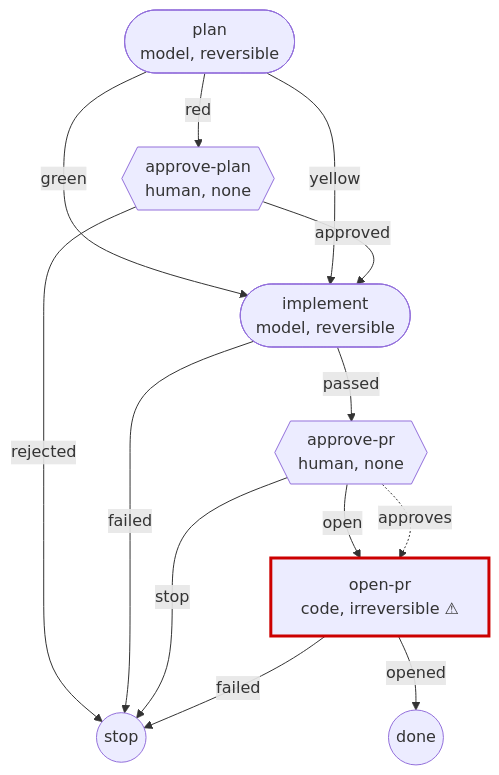
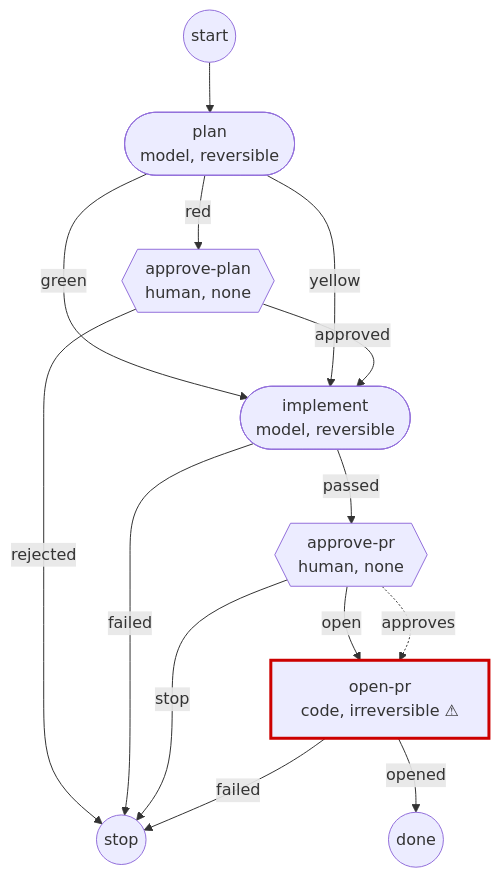
Before and after one commit to maxence-lefebvre/priory: the diagram in docs/prd.md, drawn with Mermaid. The commit also changed other lines of this file and 2 other files, not shown here.

Commit message:
Quote outcome labels, escape literal # and mark the start step in priory draw
Review found that an outcome such as 'approve (reviewed)' produced invalid Mermaid, that a literal '#' read as an entity, and that two workflows differing only in start drew the same.

````diff
--- a/docs/prd.md
+++ b/docs/prd.md
@@ -263,23 +264,24 @@
 ```mermaid
 flowchart TD
     classDef irreversible stroke:#c00,stroke-width:3px
     n0(["plan<br/>model, reversible"])
     n1{{"approve-plan<br/>human, none"}}
     n2(["implement<br/>model, reversible"])
     n3{{"approve-pr<br/>human, none"}}
     n4["open-pr<br/>code, irreversible ⚠"]:::irreversible
     done((done))
     stop((stop))
-    n0 -->|green| n2
-    n0 -->|red| n1
-    n0 -->|yellow| n2
-    n1 -->|approved| n2
-    n1 -->|rejected| stop
-    n2 -->|failed| stop
-    n2 -->|passed| n3
-    n3 -->|open| n4
-    n3 -->|stop| stop
+    start((start)) --> n0
+    n0 -->|"green"| n2
+    n0 -->|"red"| n1
+    n0 -->|"yellow"| n2
+    n1 -->|"approved"| n2
+    n1 -->|"rejected"| stop
+    n2 -->|"failed"| stop
+    n2 -->|"passed"| n3
+    n3 -->|"open"| n4
+    n3 -->|"stop"| stop
     n3 -.->|approves| n4
-    n4 -->|failed| stop
-    n4 -->|opened| done
+    n4 -->|"failed"| stop
+    n4 -->|"opened"| done
 ```
````
